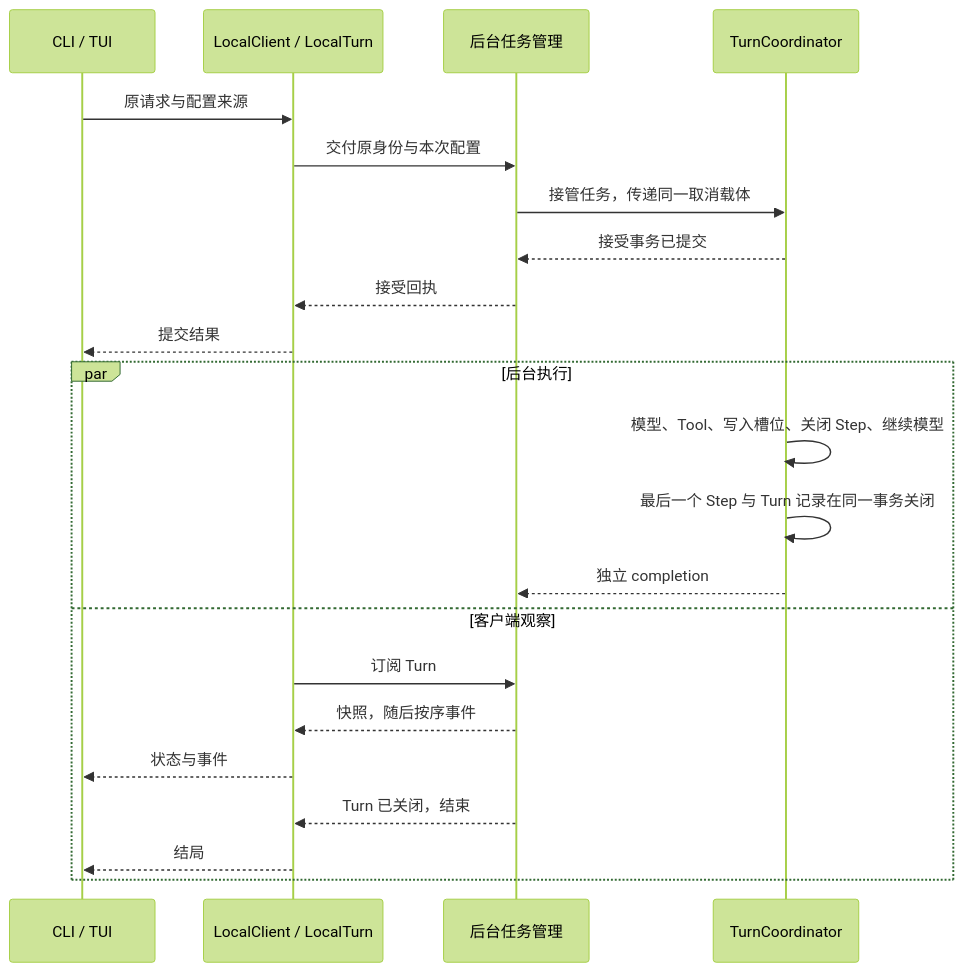
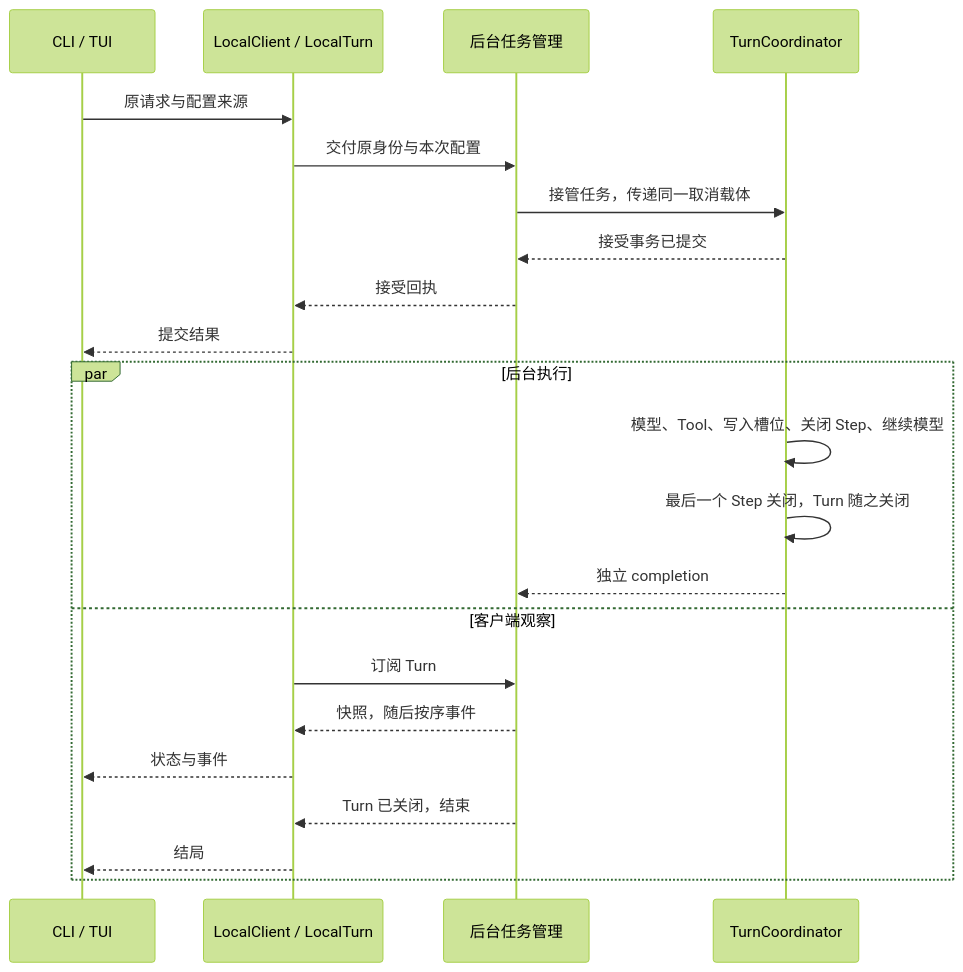
One commit to Skyline10124/lattice changed the first of 2 diagrams in docs/architecture/session.md. Above: the diagram before and after it, drawn with Mermaid (forest theme). The commit also changed other lines of this file and 2 other files, not shown here.

````diff
--- a/docs/architecture/session.md
+++ b/docs/architecture/session.md
@@ -84,24 +118,24 @@
 ```mermaid
 sequenceDiagram
     participant F as CLI / TUI
     participant L as LocalClient / LocalTurn
     participant B as 后台任务管理
     participant C as TurnCoordinator
     F->>L: 原请求与配置来源
     L->>B: 交付原身份与本次配置
     B->>C: 接管任务，传递同一取消载体
     C-->>B: 接受事务已提交
     B-->>L: 接受回执
     L-->>F: 提交结果
     par 后台执行
         C->>C: 模型、Tool、写入槽位、关闭 Step、继续模型
-        C->>C: 最后一个 Step 与 Turn 记录在同一事务关闭
+        C->>C: 最后一个 Step 关闭，Turn 随之关闭
         C-->>B: 独立 completion
     and 客户端观察
         L->>B: 订阅 Turn
         B-->>L: 快照，随后按序事件
         L-->>F: 状态与事件
         B-->>L: Turn 已关闭，结束
         L-->>F: 结局
     end
 ```
````
